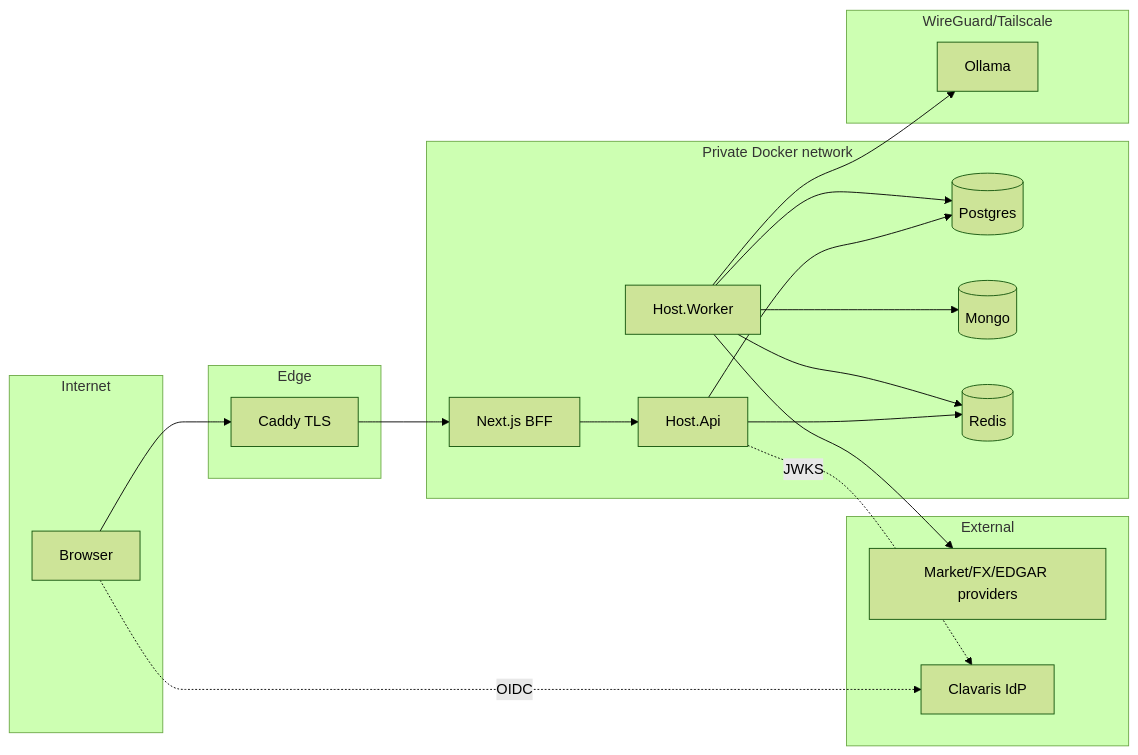
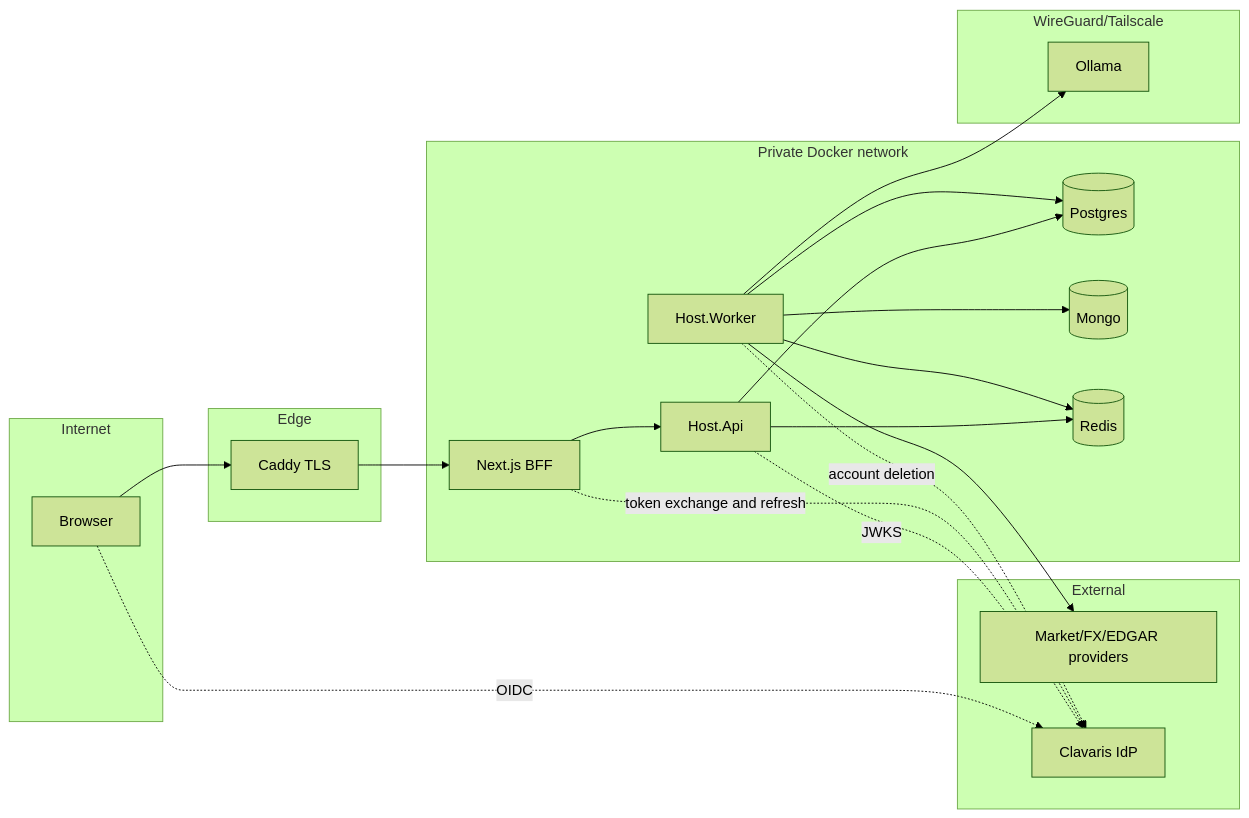
Before and after one commit to RedeArmy/saker-watch-app: the diagram in docs/threat-model/threat-model-v1.md, drawn with Mermaid (forest theme). The commit also changed other lines of this file and 23 other files, not shown here.

First line of the commit message:
docs: add product spec, data model, roadmap and glossary; resolve review findings

````diff
--- a/docs/threat-model/threat-model-v1.md
+++ b/docs/threat-model/threat-model-v1.md
@@ -7,27 +7,27 @@
 ```mermaid
 flowchart LR
   subgraph Internet
     B[Browser]
   end
   subgraph Edge
     C[Caddy TLS]
   end
   subgraph Private[Private Docker network]
     W[Next.js BFF]
     A[Host.Api]
     K[Host.Worker]
     P[(Postgres)]
     M[(Mongo)]
     R[(Redis)]
   end
   subgraph Ext[External]
     X[Market/FX/EDGAR providers]
     I[Clavaris IdP]
   end
   subgraph LLMNet[WireGuard/Tailscale]
     L[Ollama]
   end
   B-->C-->W-->A
   A-->P; A-->R; K-->P; K-->M; K-->R
-  K-->X; K-->L; A-.JWKS.->I; B-.OIDC.->I
+  K-->X; K-->L; A-.JWKS.->I; B-.OIDC.->I; W-.token exchange and refresh.->I; K-.account deletion.->I
 ```
````
